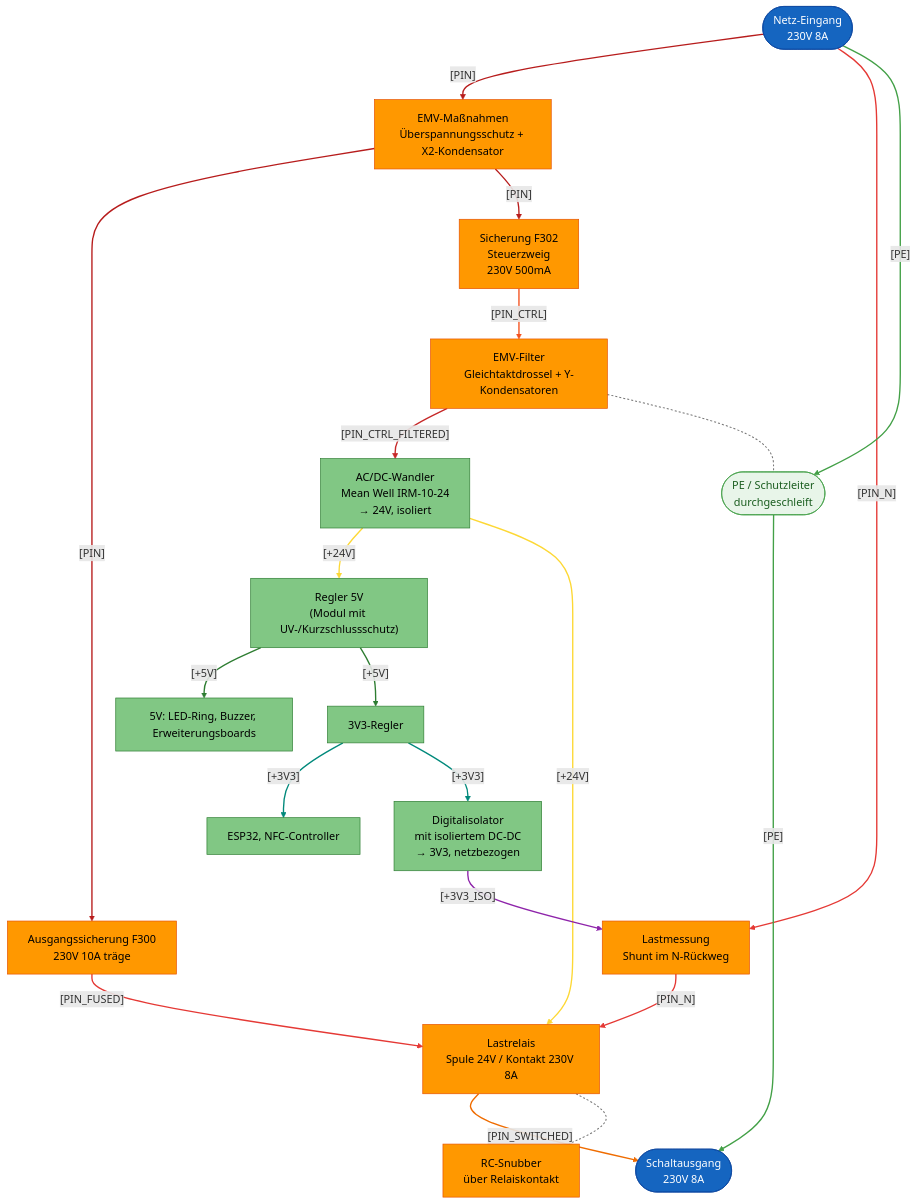
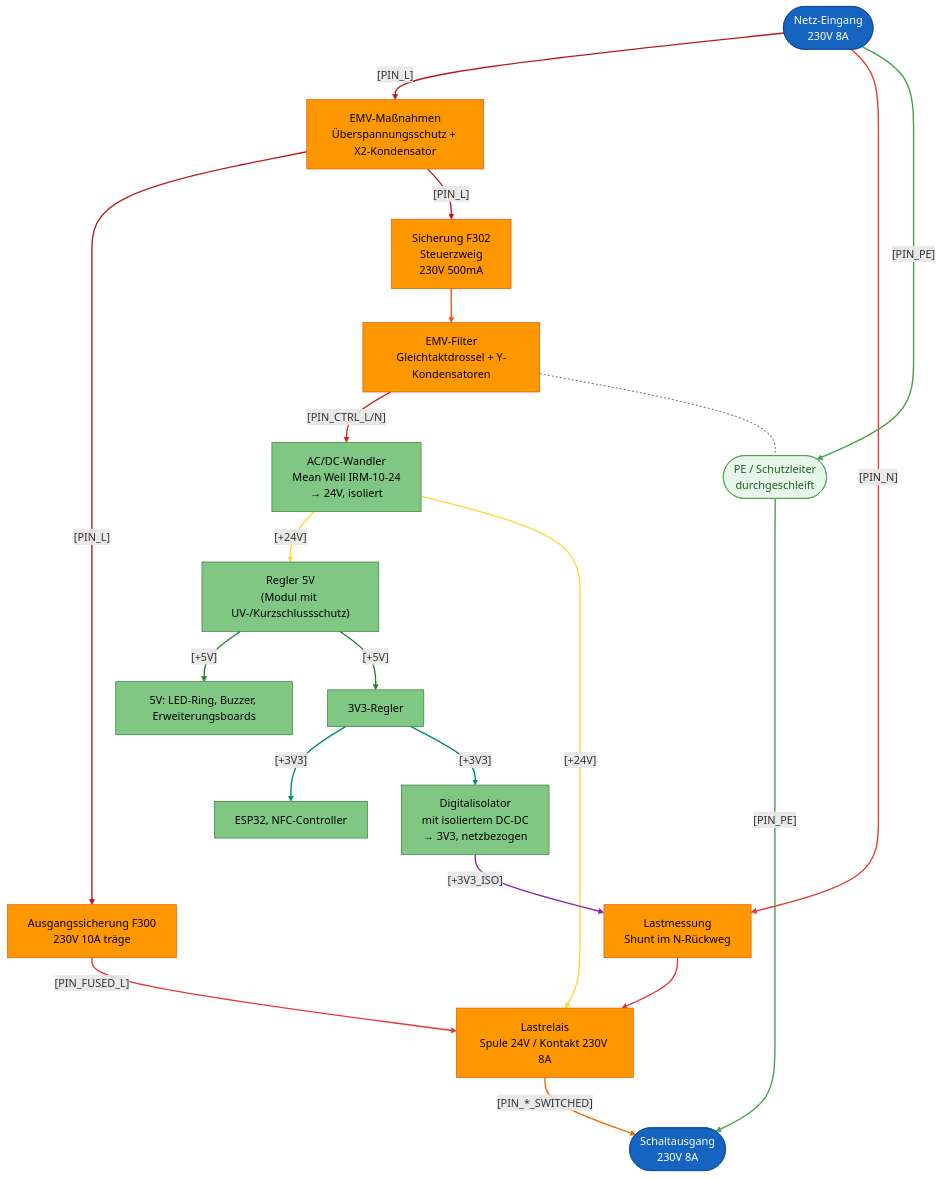
One commit to FREILab/easyVerwaltungHardware changed the second of 3 diagrams in hardware/projects/RFID_BOX/README.md. Above: the diagram before and after it, drawn with Mermaid. The commit also changed other lines of this file and 6 other files, not shown here.

````diff
--- a/hardware/projects/RFID_BOX/README.md
+++ b/hardware/projects/RFID_BOX/README.md
@@ -250,63 +253,61 @@
 ```mermaid
 flowchart TB
     NETZ([Netz-Eingang<br/>230V 8A])
     EMV["EMV-Maßnahmen<br/>Überspannungsschutz + X2-Kondensator"]
     FLAST["Ausgangssicherung F300<br/>230V 10A träge"]
     MESS["Lastmessung<br/>Shunt im N-Rückweg"]
     REL["Lastrelais<br/>Spule 24V / Kontakt 230V 8A"]
-    SNUB["RC-Snubber<br/>über Relaiskontakt"]
     OUT([Schaltausgang <br/>230V 8A])
     PE([PE / Schutzleiter<br/>durchgeschleift])
 
     FSTEUER["Sicherung F302<br/>Steuerzweig<br/>230V 500mA"]
     FILT["EMV-Filter<br/>Gleichtaktdrossel + Y-Kondensatoren"]
     ACDC["AC/DC-Wandler<br/>Mean Well IRM-10-24<br/>→ 24V, isoliert"]
     REG5V["Regler 5V<br/>(Modul mit UV-/Kurzschlussschutz)"]
     V5[5V: LED-Ring, Buzzer, Erweiterungsboards]
     V33[3V3-Regler]
     LOGIK[ESP32, NFC-Controller]
     ISO["Digitalisolator<br/>mit isoliertem DC-DC<br/>→ 3V3, netzbezogen"]
 
-    NETZ -->|"[PIN]"| EMV
-    EMV -->|"[PIN]"| FLAST
-    FLAST -->|"[PIN_FUSED]"| REL
+    NETZ -->|"[PIN_L]"| EMV
+    EMV -->|"[PIN_L]"| FLAST
+    FLAST -->|"[PIN_FUSED_L]"| REL
     NETZ -->|"[PIN_N]"| MESS
-    MESS -->|"[PIN_N]"| REL
-    REL -->|"[PIN_SWITCHED]"| OUT
-    REL -.- SNUB
-    EMV -->|"[PIN]"| FSTEUER
-    FSTEUER -->|"[PIN_CTRL]"| FILT
-    FILT -->|"[PIN_CTRL_FILTERED]"| ACDC
+    MESS --> REL
+    REL -->|"[PIN_*_SWITCHED]"| OUT
+    EMV -->|"[PIN_L]"| FSTEUER
+    FSTEUER --> FILT
+    FILT -->|"[PIN_CTRL_L/N]"| ACDC
     FILT -.- PE
     ACDC -->|"[+24V]"| REG5V
     ACDC -->|"[+24V]"| REL
     REG5V -->|"[+5V]"| V5
     REG5V -->|"[+5V]"| V33
     V33 -->|"[+3V3]"| LOGIK
     V33 -->|"[+3V3]"| ISO
     ISO -->|"[+3V3_ISO]"| MESS
-    NETZ -->|"[PE]"| PE
-    PE -->|"[PE]"| OUT
+    NETZ -->|"[PIN_PE]"| PE
+    PE -->|"[PIN_PE]"| OUT
 
-    linkStyle 0,1,7 stroke:#b71c1c,stroke-width:2px
+    linkStyle 0,1,6 stroke:#b71c1c,stroke-width:2px
     linkStyle 2,3,4 stroke:#e53935,stroke-width:2px
     linkStyle 5 stroke:#ef6c00,stroke-width:2px
-    linkStyle 6,10 stroke:#757575,stroke-width:1.5px,stroke-dasharray:3 3
-    linkStyle 8 stroke:#f4511e,stroke-width:2px
-    linkStyle 9 stroke:#c62828,stroke-width:2px
-    linkStyle 11,12 stroke:#fdd835,stroke-width:2px
-    linkStyle 13,14 stroke:#2e7d32,stroke-width:2px
-    linkStyle 15,16 stroke:#00897b,stroke-width:2px
-    linkStyle 17 stroke:#8e24aa,stroke-width:2px
-    linkStyle 18,19 stroke:#43a047,stroke-width:2px
+    linkStyle 9 stroke:#757575,stroke-width:1.5px,stroke-dasharray:3 3
+    linkStyle 7 stroke:#f4511e,stroke-width:2px
+    linkStyle 8 stroke:#c62828,stroke-width:2px
+    linkStyle 10,11 stroke:#fdd835,stroke-width:2px
+    linkStyle 12,13 stroke:#2e7d32,stroke-width:2px
+    linkStyle 14,15 stroke:#00897b,stroke-width:2px
+    linkStyle 16 stroke:#8e24aa,stroke-width:2px
+    linkStyle 17,18 stroke:#43a047,stroke-width:2px
 
     classDef term230 fill:#1565c0,color:#fff,stroke:#0d47a1
     classDef part230 fill:#ff9800,color:#000,stroke:#e65100
     classDef partSELV fill:#81c784,color:#000,stroke:#2e7d32
     classDef pe fill:#e8f5e9,color:#1b5e20,stroke:#43a047
 
     class NETZ,OUT term230
-    class EMV,FLAST,MESS,REL,FSTEUER,FILT,SNUB part230
+    class EMV,FLAST,MESS,REL,FSTEUER,FILT part230
     class ACDC,REG5V,V5,V33,LOGIK,ISO partSELV
     class PE pe
 ```
````
